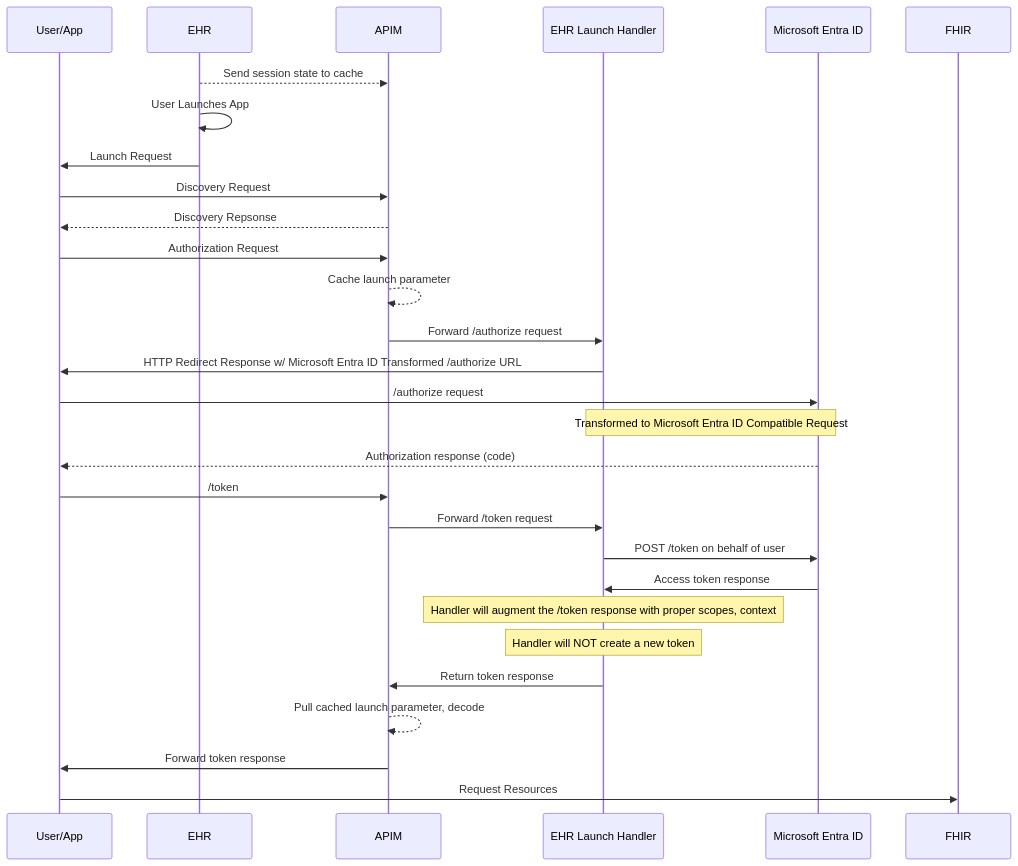
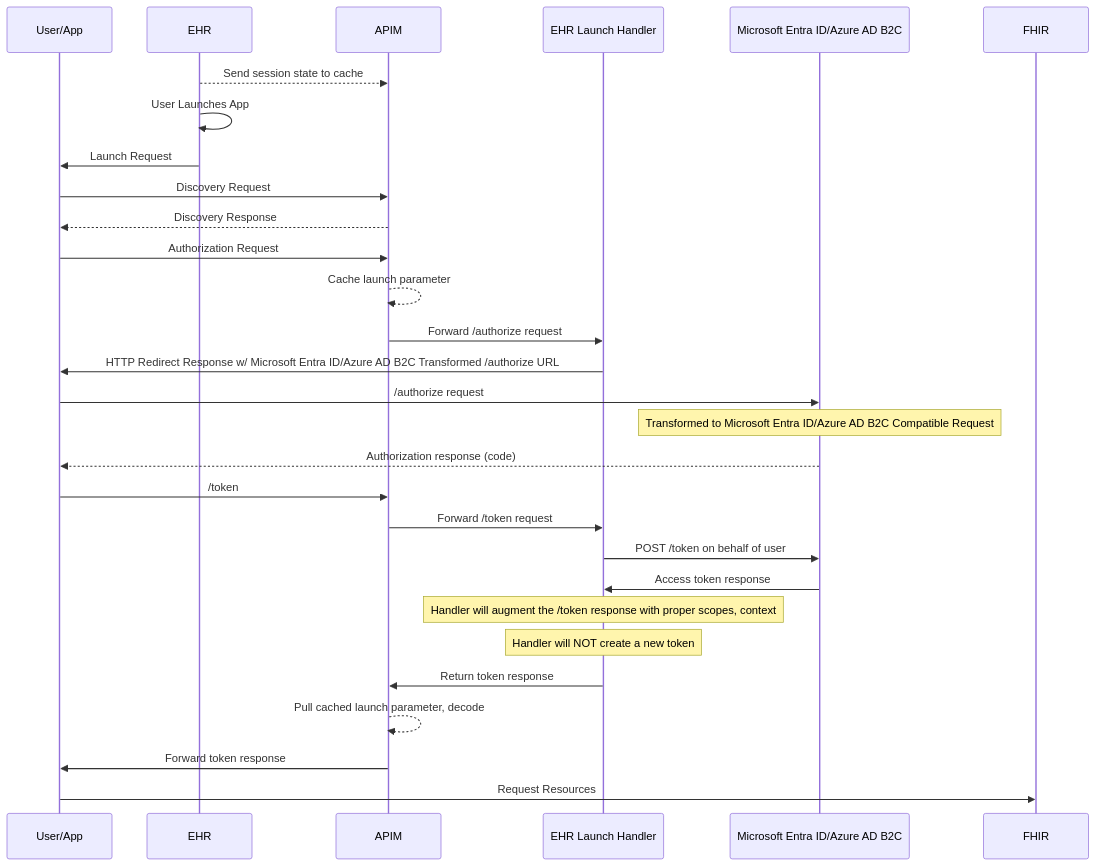
One commit to Azure-Samples/azure-health-data-and-ai-samples changed the second of 4 diagrams in samples/smartonfhir-oncg10-consolidated/docs/technical-guide.md. Above: the diagram before and after it, drawn with Mermaid. The commit also changed other lines of this file and 25 other files, not shown here.

````diff
--- a/samples/smartonfhir-oncg10-consolidated/docs/technical-guide.md
+++ b/samples/smartonfhir-oncg10-consolidated/docs/technical-guide.md
@@ -62,32 +62,32 @@
 ```mermaid
   sequenceDiagram
     participant User/App
     participant EHR
     participant APIM
     participant EHR Launch Handler
-    participant Microsoft Entra ID
+    participant Microsoft Entra ID/Azure AD B2C
 
     EHR -->> APIM: Send session state to cache
     EHR ->> EHR: User Launches App
     EHR ->> User/App: Launch Request
 
     User/App ->> APIM: Discovery Request
-    APIM -->> User/App: Discovery Repsonse
+    APIM -->> User/App: Discovery Response
     User/App ->> APIM:  Authorization Request
     APIM -->> APIM: Cache launch parameter
     APIM ->> EHR Launch Handler: Forward /authorize request    
-    EHR Launch Handler ->> User/App: HTTP Redirect Response w/ Microsoft Entra ID Transformed /authorize URL
-    User/App ->> Microsoft Entra ID: /authorize request
-    note over EHR Launch Handler, Microsoft Entra ID: Transformed to Microsoft Entra ID Compatible Request
-    Microsoft Entra ID -->> User/App: Authorization response (code)
+    EHR Launch Handler ->> User/App: HTTP Redirect Response w/ Microsoft Entra ID/Azure AD B2C Transformed /authorize URL
+    User/App ->> Microsoft Entra ID/Azure AD B2C: /authorize request
+    note over Microsoft Entra ID/Azure AD B2C: Transformed to Microsoft Entra ID/Azure AD B2C Compatible Request
+    Microsoft Entra ID/Azure AD B2C -->> User/App: Authorization response (code)
     User/App ->> APIM: /token
     APIM ->> EHR Launch Handler: Forward /token request
-    EHR Launch Handler ->> Microsoft Entra ID: POST /token on behalf of user
-    Microsoft Entra ID ->> EHR Launch Handler: Access token response
+    EHR Launch Handler ->> Microsoft Entra ID/Azure AD B2C: POST /token on behalf of user
+    Microsoft Entra ID/Azure AD B2C ->> EHR Launch Handler: Access token response
     note over EHR Launch Handler: Handler will augment the /token response with proper scopes, context
     note over EHR Launch Handler: Handler will NOT create a new token
     EHR Launch Handler ->> APIM: Return token response
     APIM -->> APIM: Pull cached launch parameter, decode
     APIM ->> User/App: Forward token response
     User/App ->> FHIR: Request Resources
 ```
````
